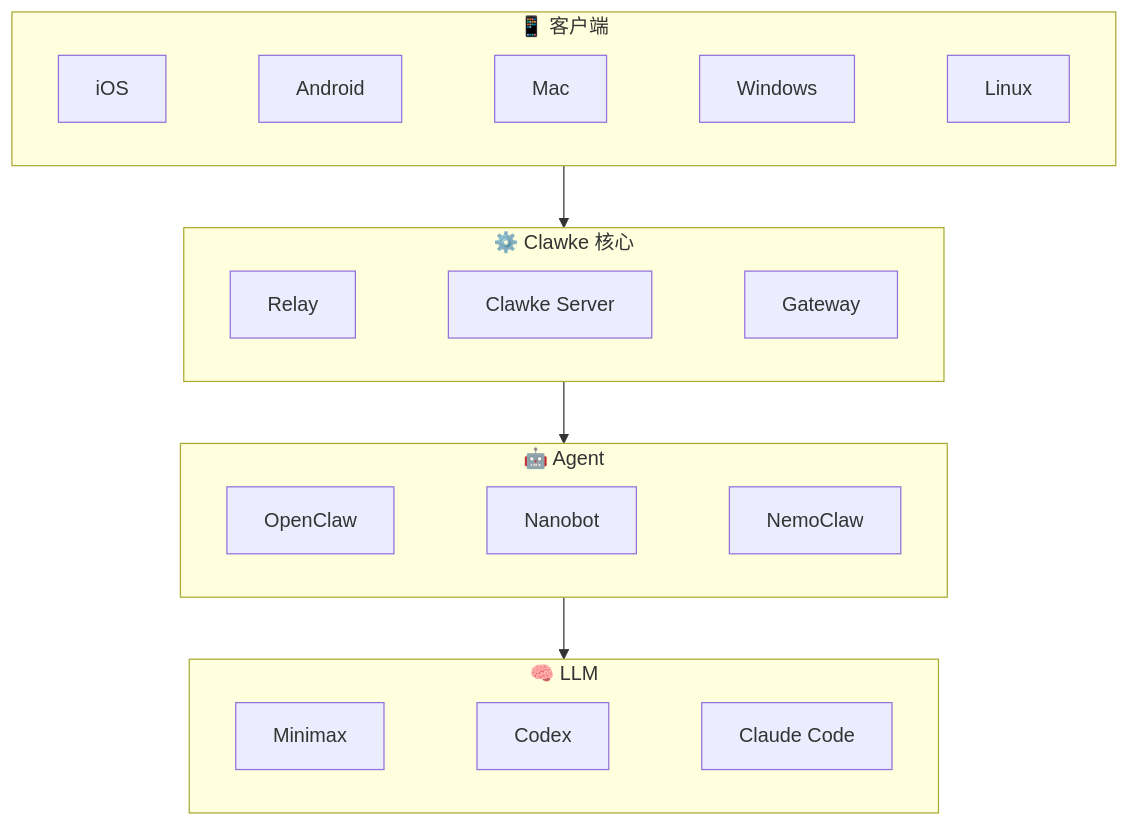
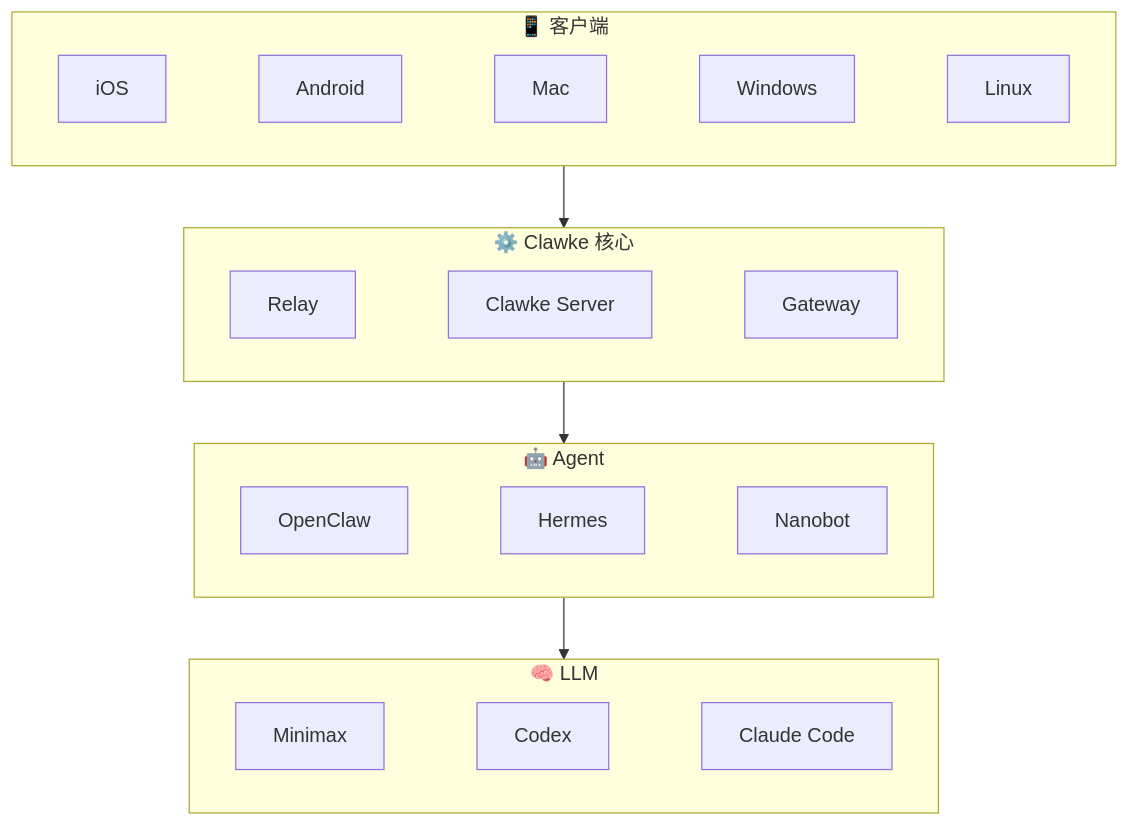
Before and after one commit to mdjahid11978-design/clawke: the diagram in README_zh.md, drawn with Mermaid. The commit also changed other lines of this file and 1 other file, not shown here.

````diff
--- a/README_zh.md
+++ b/README_zh.md
@@ -12,26 +14,26 @@
 ```mermaid
 graph TD
     subgraph Client ["📱 客户端"]
         direction LR
         C1["iOS"] ~~~ C2["Android"] ~~~ C3["Mac"] ~~~ C4["Windows"] ~~~ C5["Linux"]
     end
 
     subgraph Core ["⚙️ Clawke 核心"]
         direction LR
         R["Relay"] ~~~ S["Clawke Server"] ~~~ G["Gateway"]
     end
 
     subgraph Agent ["🤖 Agent"]
         direction LR
-        A1["OpenClaw"] ~~~ A2["Nanobot"] ~~~ A3["NemoClaw"]
+        A1["OpenClaw"] ~~~ A2["Hermes"] ~~~ A3["Nanobot"]
     end
 
     subgraph LLM ["🧠 LLM"]
         direction LR
         L1["Minimax"] ~~~ L2["Codex"] ~~~ L3["Claude Code"]
     end
 
     Client --> Core
     Core --> Agent
     Agent --> LLM
 ```
````
